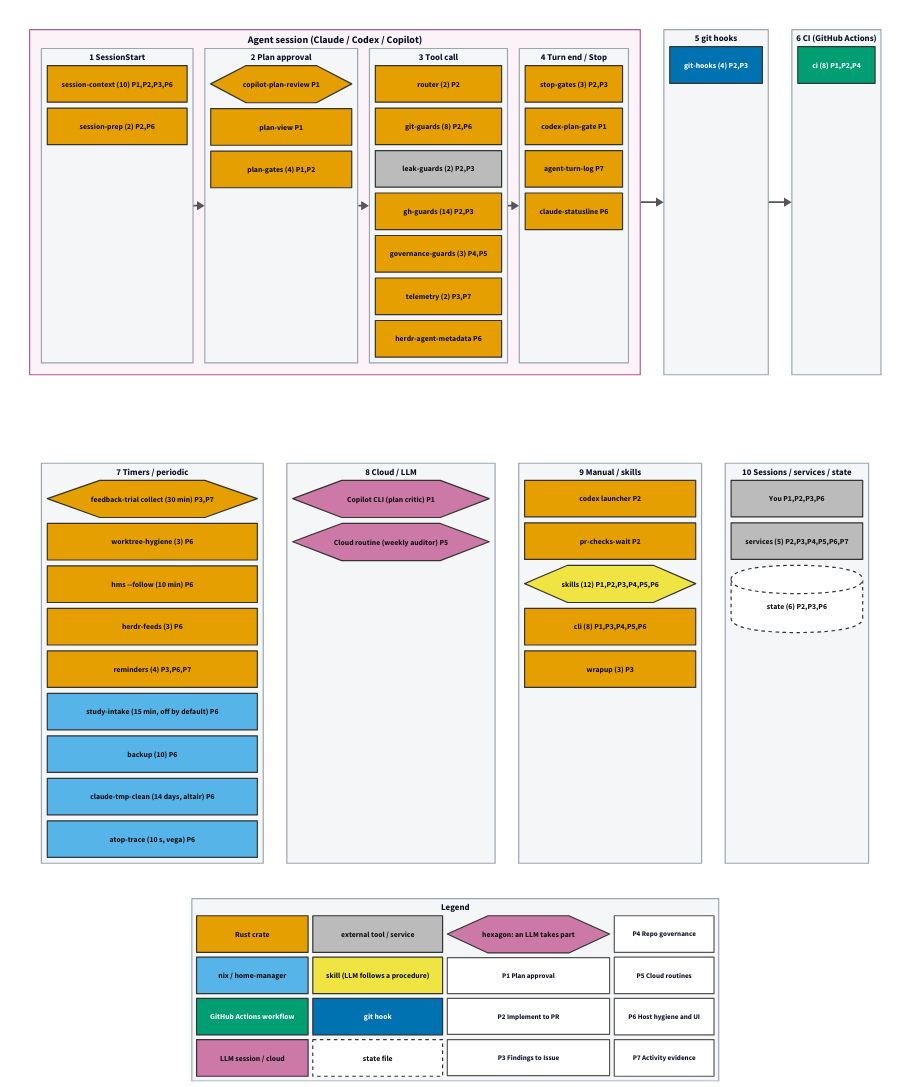
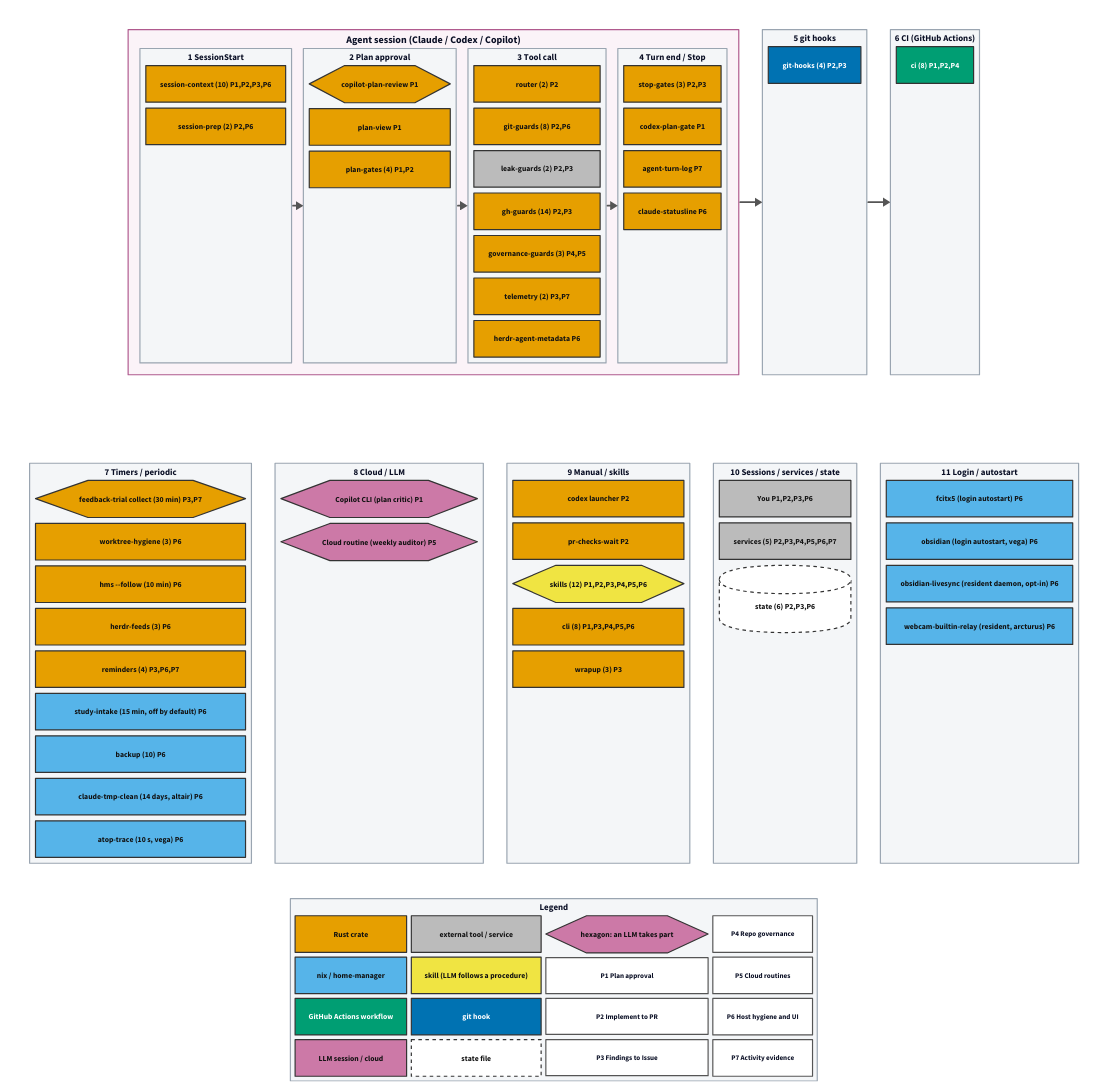
The diagram in docs/assets/pipeline-map/overview.d2 (tarotene/dotfiles), drawn with D2 before and after one commit. The commit also changed 12 other files, not shown here.

```diff
--- a/docs/assets/pipeline-map/overview.d2
+++ b/docs/assets/pipeline-map/overview.d2
@@ -264,7 +264,7 @@
 
 row2: "" {
   class: invisible
-  grid-columns: 4
+  grid-columns: 5
   grid-gap: 40
   l_timer: "7  Timers / periodic" {
     class: lane
@@ -346,6 +346,23 @@
     g_state: "state (6)  P2,P3,P6" {
       class: s_store
       shape: cylinder
+    }
+  }
+  l_login: "11  Login / autostart" {
+    class: lane
+    grid-columns: 1
+    grid-gap: 10
+    g_fcitx5_autostart: "fcitx5 (login autostart)  P6" {
+      class: s_nix
+    }
+    g_obsidian_autostart: "obsidian (login autostart, vega)  P6" {
+      class: s_nix
+    }
+    g_obsidian_livesync: "obsidian-livesync (resident daemon, opt-in)  P6" {
+      class: s_nix
+    }
+    g_webcam_builtin_relay: "webcam-builtin-relay (resident, arcturus)  P6" {
+      class: s_nix
     }
   }
 }
```
